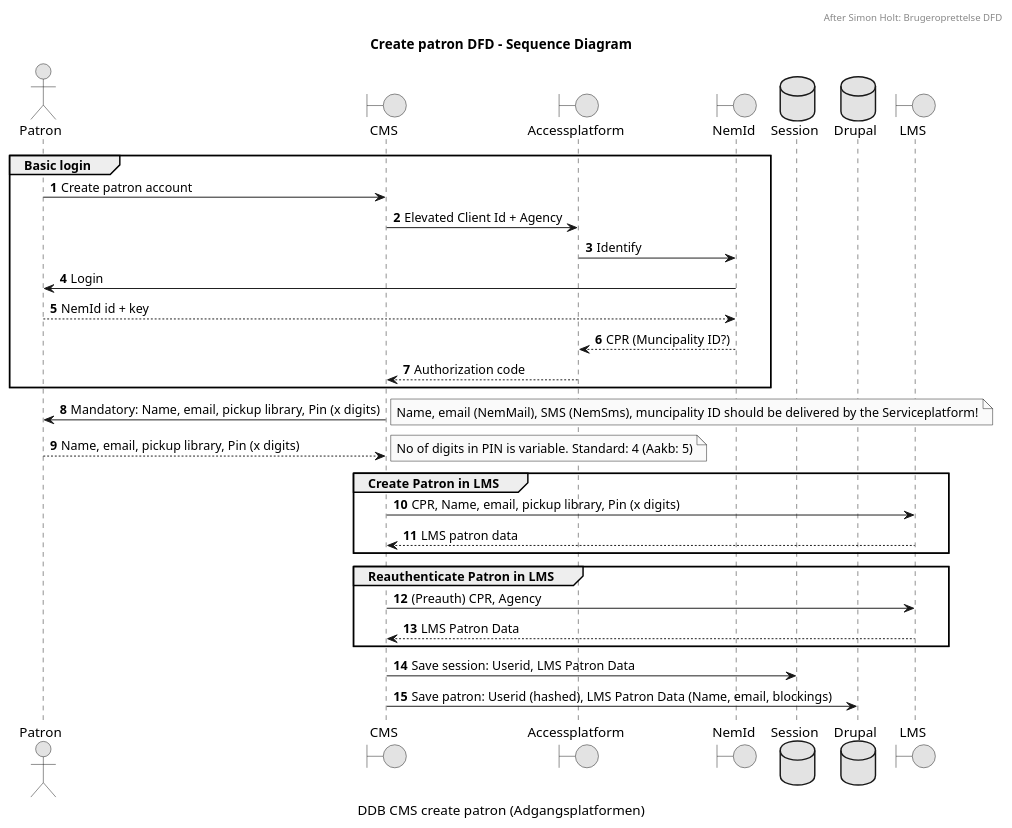
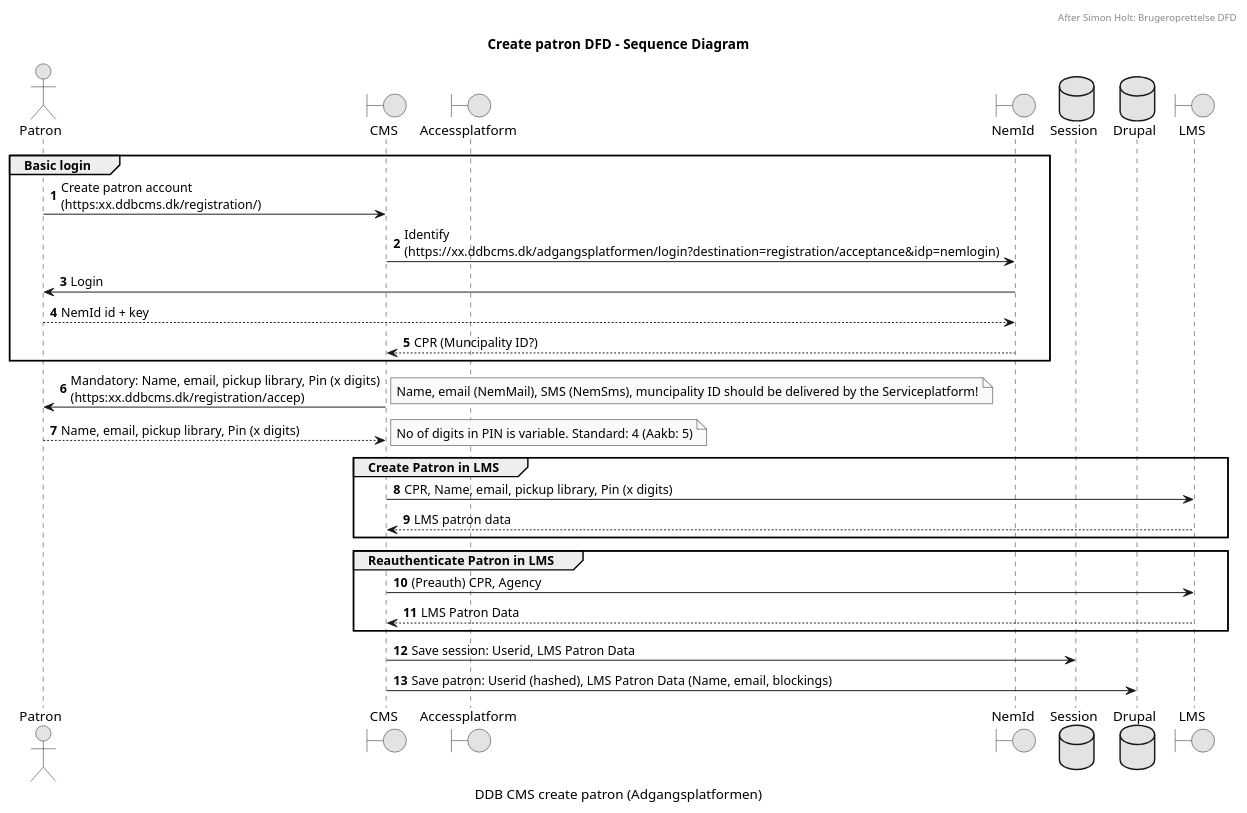
The diagram in docs/sso/create-patron-dfd.puml (danskernesdigitalebibliotek/plantuml), drawn with PlantUML before and after one commit.

Commit message:
Update create-patron-dfd.puml
Direkte login på NemId

```diff
--- a/docs/sso/create-patron-dfd.puml
+++ b/docs/sso/create-patron-dfd.puml
@@ -1,55 +1,56 @@
 @startuml
 title Create patron DFD - Sequence Diagram
 header After Simon Holt: Brugeroprettelse DFD
 caption DDB CMS create patron (Adgangsplatformen)
 
 ' Skinparams '
 skinparam monochrome true
 autonumber
 
 
 actor "Patron" as USER
 boundary CMS
 boundary Accessplatform as AP
 boundary NemId as NEMID
 'control "Shopping Cart" as SC
 database "Session" as SESSION
 database "Drupal" as DRUPAL
 boundary LMS
 '"Library\nManagemt\nSystem" as LMS
 
 
 group Basic login
 
-    USER -> CMS: Create patron account
-    CMS -> AP: Elevated Client Id + Agency
-    AP -> NEMID: Identify
+    USER -> CMS: Create patron account\n(https:xx.ddbcms.dk/registration/)
+    'CMS -> AP: Elevated Client Id + Agency\n(https://xx.ddbcms.dk/adgangsplatformen/login?destination=registration/acceptance&idp=nemlogin)
+    'AP -> NEMID: Identify
+    CMS -> NEMID: Identify\n(https://xx.ddbcms.dk/adgangsplatformen/login?destination=registration/acceptance&idp=nemlogin)
+
     NEMID -> USER: Login
     NEMID <-- USER: NemId id + key
-    AP <-- NEMID: CPR (Muncipality ID?)
-    CMS <-- AP: Authorization code
+    CMS <-- NEMID: CPR (Muncipality ID?)
 end
 
 
-    CMS -> USER: Mandatory: Name, email, pickup library, Pin (x digits)
+    CMS -> USER: Mandatory: Name, email, pickup library, Pin (x digits)\n(https:xx.ddbcms.dk/registration/accep)
     note right
         Name, email (NemMail), SMS (NemSms), muncipality ID should be delivered by the Serviceplatform!
     end note
     CMS <-- USER: Name, email, pickup library, Pin (x digits)
     note right
         No of digits in PIN is variable. Standard: 4 (Aakb: 5)
     end note
 
 group Create Patron in LMS
     CMS -> LMS: CPR, Name, email, pickup library, Pin (x digits)
     CMS <-- LMS: LMS patron data
 end
 group Reauthenticate Patron in LMS
     CMS -> LMS: (Preauth) CPR, Agency
     CMS <-- LMS: LMS Patron Data
 end
 
 CMS -> SESSION: Save session: Userid, LMS Patron Data
 CMS -> DRUPAL: Save patron: Userid (hashed), LMS Patron Data (Name, email, blockings)
 
 @enduml
```
